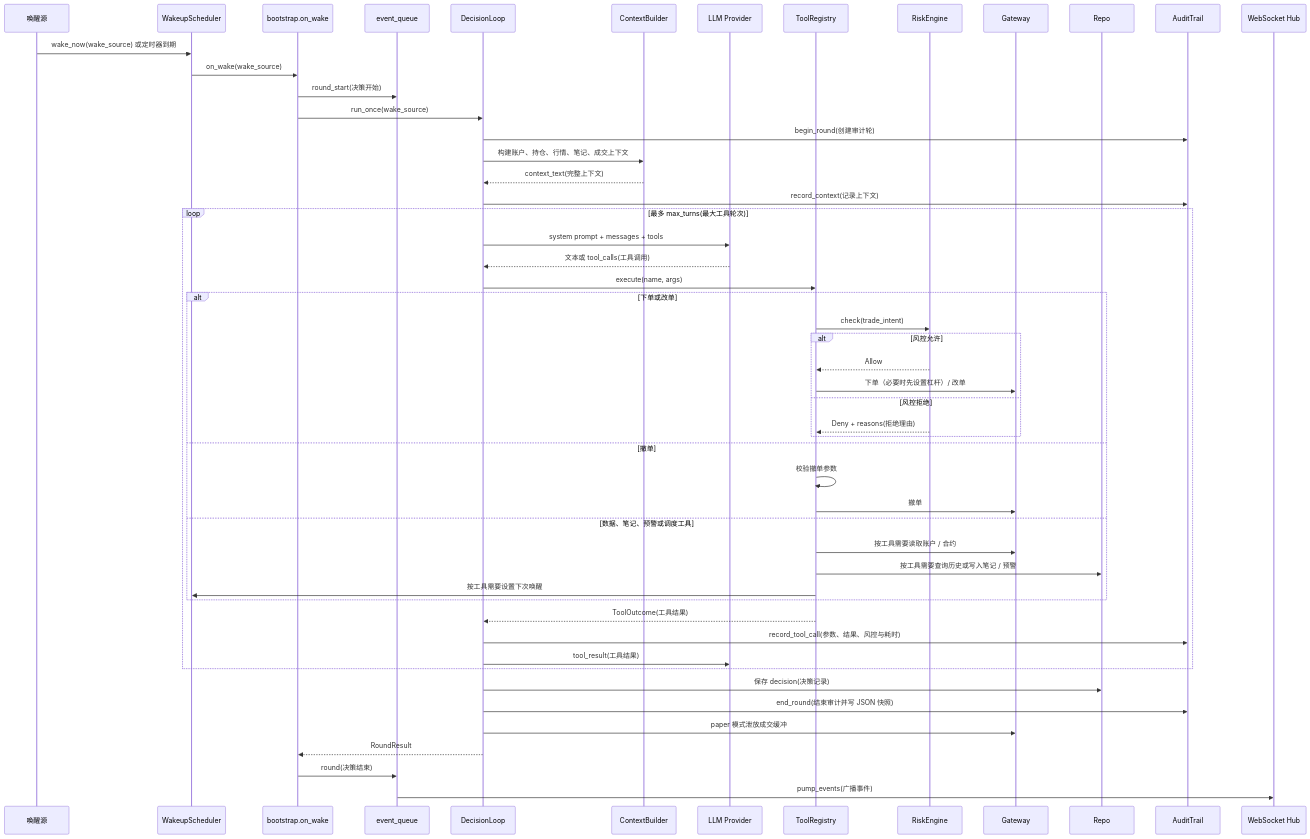
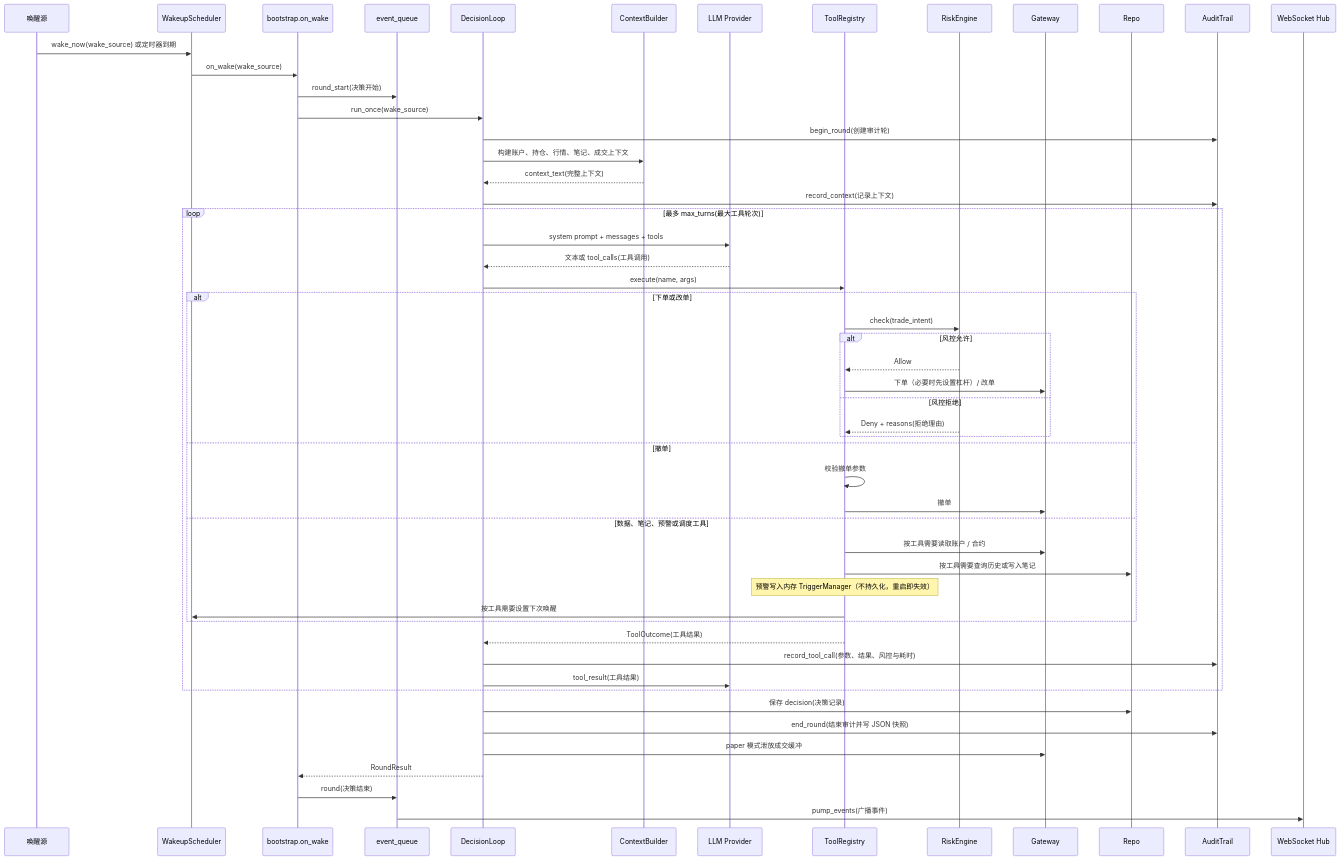
One commit to djfch/llm_transaction changed the fifth of 7 diagrams in docs/ARCHITECTURE.md. Above: the diagram before and after it, drawn with Mermaid. The commit also changed other lines of this file and 21 other files, not shown here.

````diff
--- a/docs/ARCHITECTURE.md
+++ b/docs/ARCHITECTURE.md
@@ -163,55 +163,56 @@
 ```mermaid
 sequenceDiagram
     participant WakeSource as 唤醒源
     participant Scheduler as WakeupScheduler
     participant Callback as bootstrap.on_wake
     participant Queue as event_queue
     participant Decision as DecisionLoop
     participant Context as ContextBuilder
     participant LLM as LLM Provider
     participant Tools as ToolRegistry
     participant Risk as RiskEngine
     participant Gateway as Gateway
     participant Repo as Repo
     participant Audit as AuditTrail
     participant Hub as WebSocket Hub
 
     WakeSource->>Scheduler: wake_now(wake_source) 或定时器到期
     Scheduler->>Callback: on_wake(wake_source)
     Callback->>Queue: round_start(决策开始)
     Callback->>Decision: run_once(wake_source)
     Decision->>Audit: begin_round(创建审计轮)
     Decision->>Context: 构建账户、持仓、行情、笔记、成交上下文
     Context-->>Decision: context_text(完整上下文)
     Decision->>Audit: record_context(记录上下文)
     loop 最多 max_turns(最大工具轮次)
         Decision->>LLM: system prompt + messages + tools
         LLM-->>Decision: 文本或 tool_calls(工具调用)
         Decision->>Tools: execute(name, args)
         alt 下单或改单
             Tools->>Risk: check(trade_intent)
             alt 风控允许
                 Risk-->>Tools: Allow
                 Tools->>Gateway: 下单（必要时先设置杠杆）/ 改单
             else 风控拒绝
                 Risk-->>Tools: Deny + reasons(拒绝理由)
             end
         else 撤单
             Tools->>Tools: 校验撤单参数
             Tools->>Gateway: 撤单
         else 数据、笔记、预警或调度工具
             Tools->>Gateway: 按工具需要读取账户 / 合约
-            Tools->>Repo: 按工具需要查询历史或写入笔记 / 预警
+            Tools->>Repo: 按工具需要查询历史或写入笔记
+            Note over Tools: 预警写入内存 TriggerManager（不持久化，重启即失效）
             Tools->>Scheduler: 按工具需要设置下次唤醒
         end
         Tools-->>Decision: ToolOutcome(工具结果)
         Decision->>Audit: record_tool_call(参数、结果、风控与耗时)
         Decision->>LLM: tool_result(工具结果)
     end
     Decision->>Repo: 保存 decision(决策记录)
     Decision->>Audit: end_round(结束审计并写 JSON 快照)
     Decision->>Gateway: paper 模式泄放成交缓冲
     Decision-->>Callback: RoundResult
     Callback->>Queue: round(决策结束)
     Queue->>Hub: pump_events(广播事件)
 ```
````
